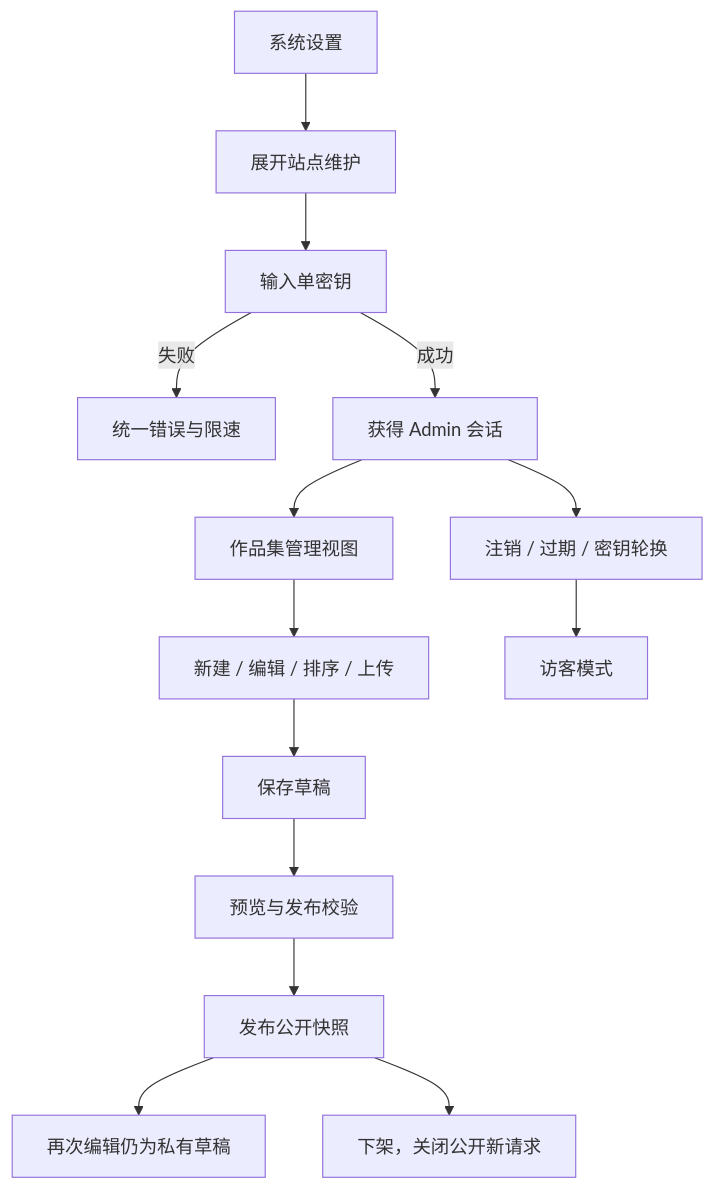
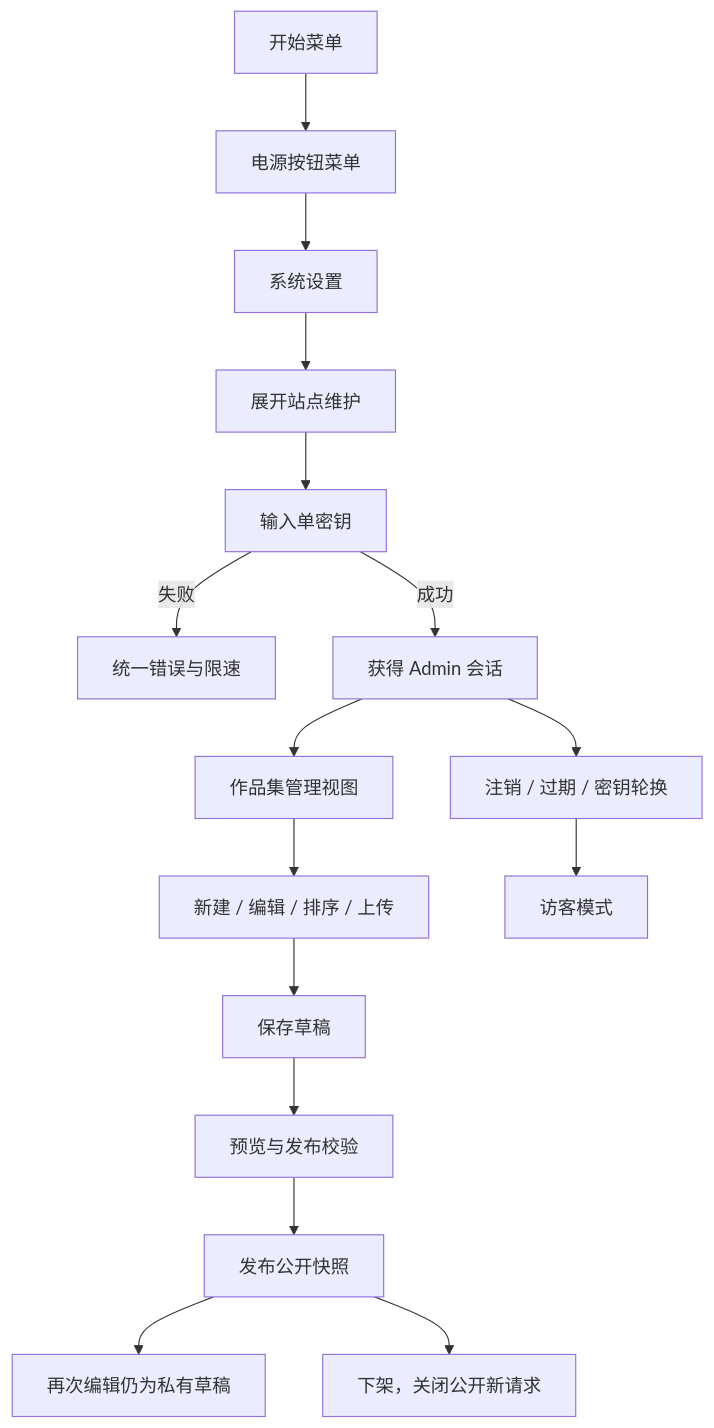
Before and after one commit to Hi-Yincan/LifeOS: the second of 2 diagrams in specs/concept/flows-and-states.md, drawn with Mermaid. The commit also changed other lines of this file and 22 other files, not shown here.

````diff
--- a/specs/concept/flows-and-states.md
+++ b/specs/concept/flows-and-states.md
@@ -20,16 +20,18 @@
 ```mermaid
 flowchart TD
-  S[系统设置] --> M[展开站点维护]
+  START[开始菜单] --> POWER[电源按钮菜单]
+  POWER --> S[系统设置]
+  S --> M[展开站点维护]
   M --> K[输入单密钥]
   K -->|失败| R[统一错误与限速]
   K -->|成功| A[获得 Admin 会话]
   A --> P[作品集管理视图]
   P --> N[新建 / 编辑 / 排序 / 上传]
   N --> D[保存草稿]
   D --> V[预览与发布校验]
   V --> U[发布公开快照]
   U --> W[再次编辑仍为私有草稿]
   U --> X[下架，关闭公开新请求]
   A --> L[注销 / 过期 / 密钥轮换]
   L --> O[访客模式]
 ```
````
